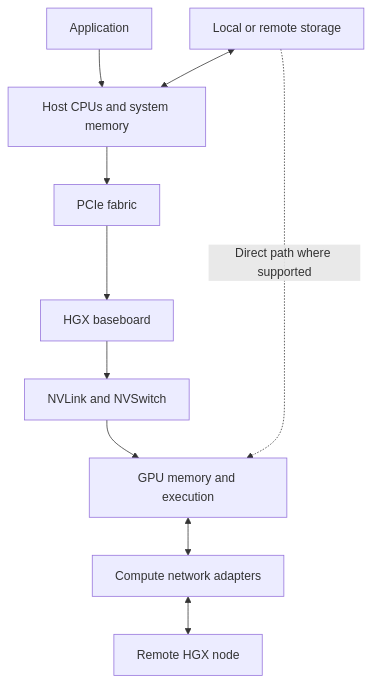
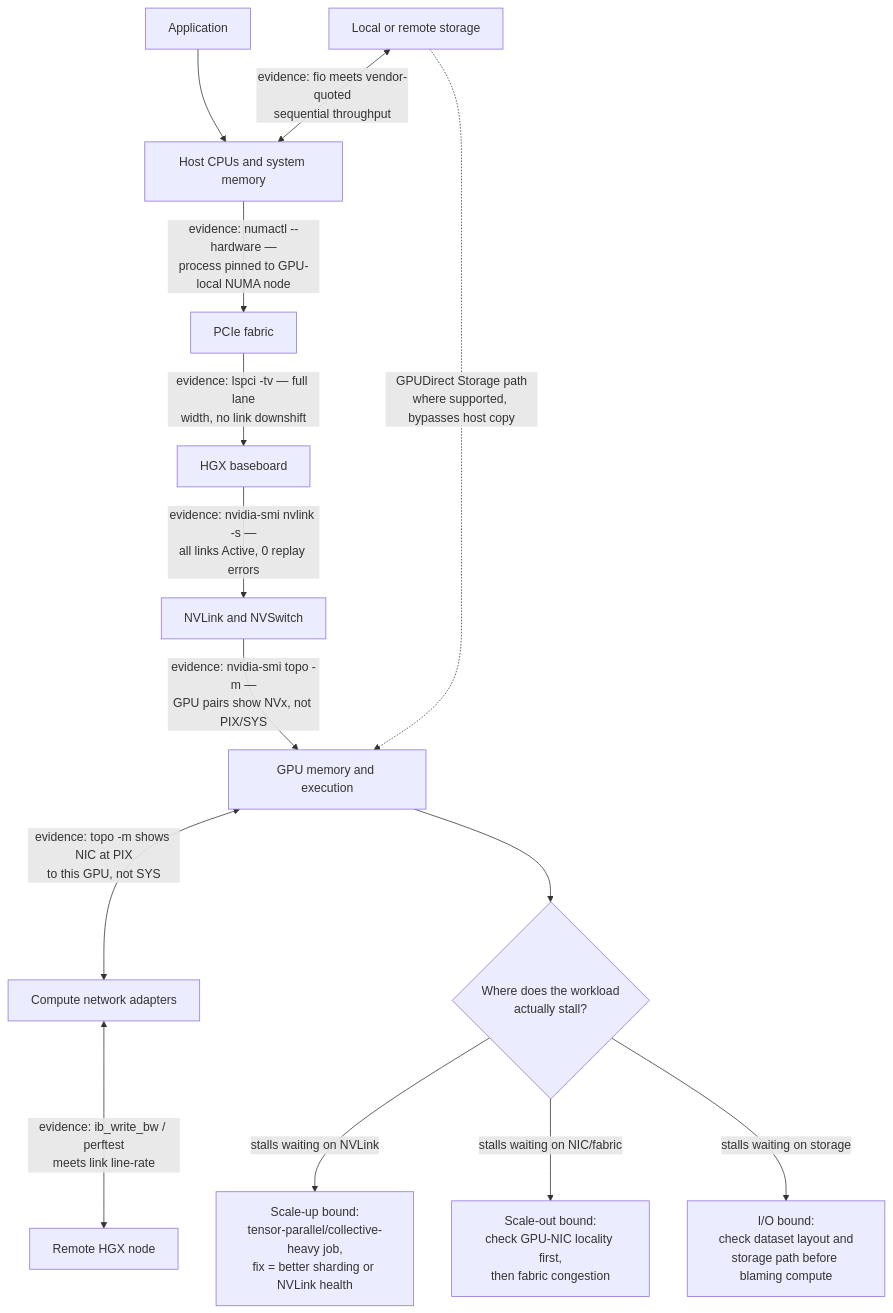
The first of 4 diagrams in docs/nvidia-zero-to-hero/volume-06/chapter-04-hgx-topology-and-data-paths.md (jithinpnjm/nvidia-devops), drawn with Mermaid before and after one commit. The commit also changed other lines of this file and 4 other files, not shown here.

Commit message:
WIP checkpoint: depth rework in progress, NOT verified/built — session hit rate limit mid-run

````diff
--- a/docs/nvidia-zero-to-hero/volume-06/chapter-04-hgx-topology-and-data-paths.md
+++ b/docs/nvidia-zero-to-hero/volume-06/chapter-04-hgx-topology-and-data-paths.md
@@ -44,17 +44,18 @@
 ```mermaid
 flowchart TD
-    App[Application]
-    CPU[Host CPUs and system memory]
-    PCIe[PCIe fabric]
-    HGX[HGX baseboard]
-    NV[NVLink and NVSwitch]
-    GPUs[GPU memory and execution]
-    NICs[Compute network adapters]
-    Storage[Local or remote storage]
-    Remote[Remote HGX node]
+    App[Application] --> CPU[Host CPUs and system memory]
+    CPU -->|"evidence: numactl --hardware —<br/>process pinned to GPU-local NUMA node"| PCIe[PCIe fabric]
+    PCIe -->|"evidence: lspci -tv — full lane<br/>width, no link downshift"| HGX[HGX baseboard]
+    HGX -->|"evidence: nvidia-smi nvlink -s —<br/>all links Active, 0 replay errors"| NV[NVLink and NVSwitch]
+    NV -->|"evidence: nvidia-smi topo -m —<br/>GPU pairs show NVx, not PIX/SYS"| GPUs[GPU memory and execution]
+    GPUs <-->|"evidence: topo -m shows NIC at PIX<br/>to this GPU, not SYS"| NICs[Compute network adapters]
+    NICs <-->|"evidence: ib_write_bw / perftest<br/>meets link line-rate"| Remote[Remote HGX node]
+    Storage[Local or remote storage] <-->|"evidence: fio meets vendor-quoted<br/>sequential throughput"| CPU
+    Storage -. "GPUDirect Storage path<br/>where supported, bypasses host copy" .-> GPUs
 
-    App --> CPU --> PCIe --> HGX --> NV --> GPUs
-    GPUs <--> NICs <--> Remote
-    Storage <--> CPU
-    Storage -. Direct path where supported .-> GPUs
+    Bottleneck{"Where does the workload<br/>actually stall?"}
+    GPUs --> Bottleneck
+    Bottleneck -->|"stalls waiting on NVLink"| ScaleUpBound["Scale-up bound:<br/>tensor-parallel/collective-heavy job,<br/>fix = better sharding or NVLink health"]
+    Bottleneck -->|"stalls waiting on NIC/fabric"| ScaleOutBound["Scale-out bound:<br/>check GPU-NIC locality first,<br/>then fabric congestion"]
+    Bottleneck -->|"stalls waiting on storage"| IOBound["I/O bound:<br/>check dataset layout and<br/>storage path before blaming compute"]
 ```
````
